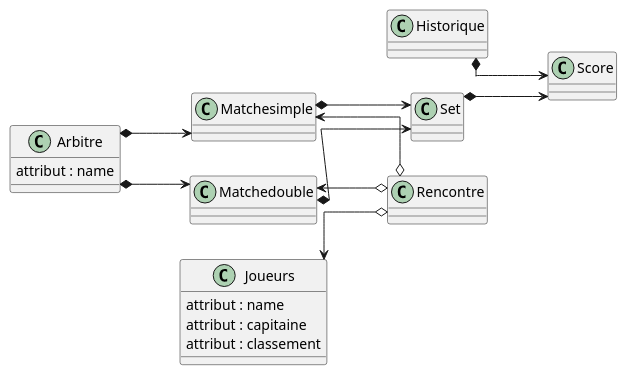
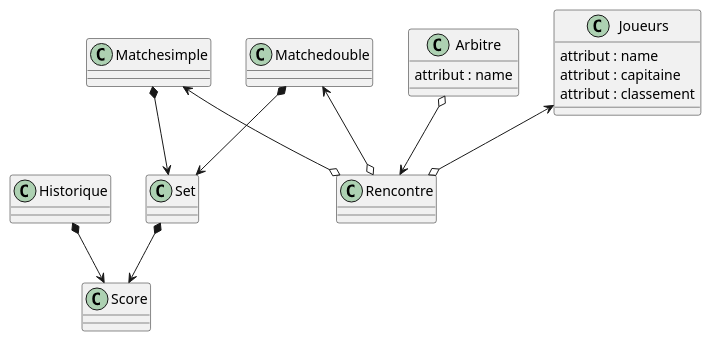
The diagram in assets/php/competition_ping_pong.puml (davidbrylka/Ping-Pong), drawn with PlantUML before and after one commit.

Commit message:
08/10/2021 11:55

```diff
--- a/assets/php/competition_ping_pong.puml
+++ b/assets/php/competition_ping_pong.puml
@@ -1,58 +1,54 @@
 @startuml "Enfer"
-
-left to right direction
-skinparam Linetype polyline
-skinparam linetype ortho
 
 
 class Matchesimple{
 
 }
 class Matchedouble{
 
 }
 
 
 class Arbitre{
     attribut : name
 }
 
 class Joueurs{
     attribut : name
     attribut : capitaine
     attribut : classement
 }
 
 class Set{
 }
 
 class Score{
 
 }
 
 class Rencontre{
 
 }
 class Historique{
 
 }
 
 Joueurs <--o Rencontre
 Matchesimple <--o Rencontre
 Matchedouble <--o Rencontre
 
 Historique*-->Score
 
-Arbitre *--> Matchesimple
-Arbitre *--> Matchedouble
-
 Set *--> Score
 Matchesimple *-->Set
 Matchedouble *-->Set
+
+Arbitre o-->Rencontre
+
 
 
 
 
 
 
 @enduml
```
